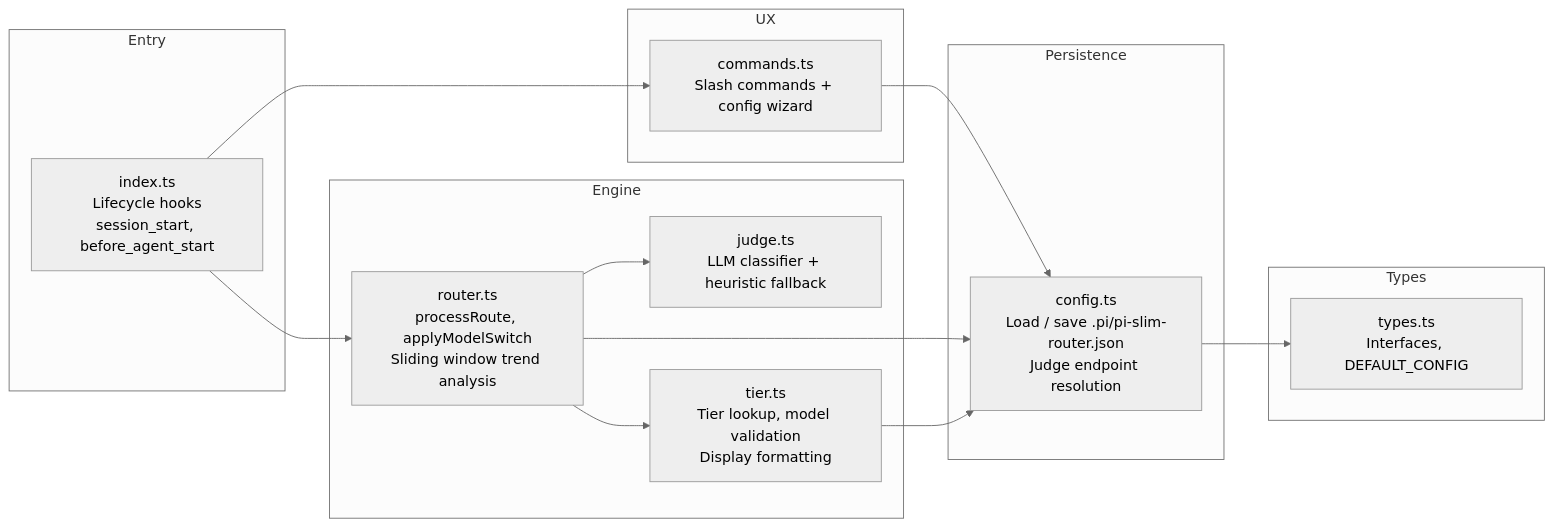
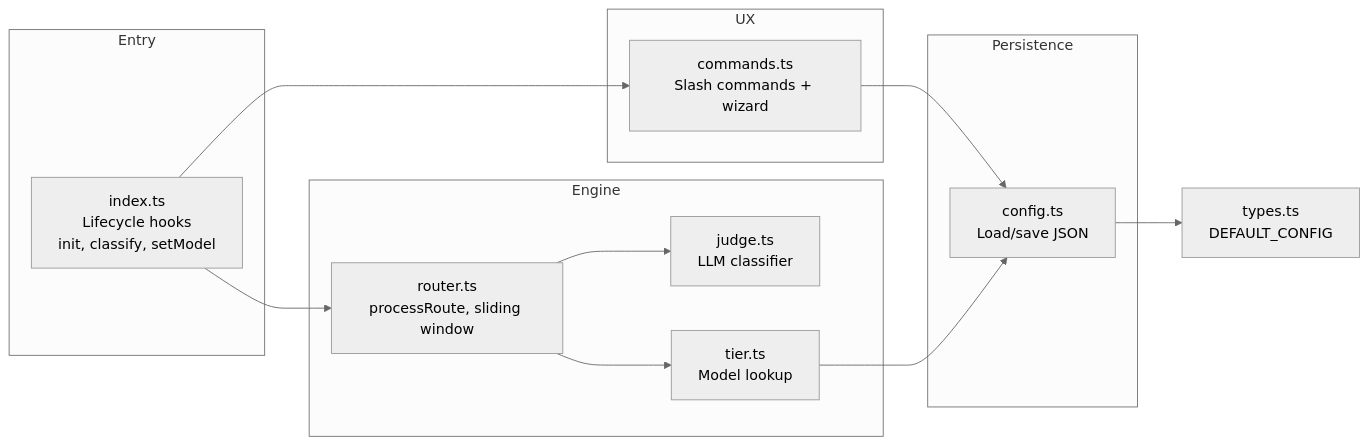
One commit to Groveer/pi-shift-router changed the second of 2 diagrams in README.md. Above: the diagram before and after it, drawn with Mermaid (neutral theme). The commit also changed other lines of this file and 13 other files, not shown here.

````diff
--- a/README.md
+++ b/README.md
@@ -163,33 +151,23 @@
 ```mermaid
 flowchart LR
     subgraph Entry
-        I["index.ts<br/>Lifecycle hooks<br/>session_start, before_agent_start"]
+        I["index.ts<br/>Lifecycle hooks<br/>init, classify, setModel"]
+    end
+    subgraph Engine
+        R["router.ts<br/>processRoute, sliding window"]
+        J["judge.ts<br/>LLM classifier"]
+        T["tier.ts<br/>Model lookup"]
+    end
+    subgraph Persistence
+        C["config.ts<br/>Load/save JSON"]
+    end
+    subgraph UX
+        M["commands.ts<br/>Slash commands + wizard"]
     end
 
-    subgraph Engine
-        R["router.ts<br/>processRoute, applyModelSwitch<br/>Sliding window trend analysis"]
-        J["judge.ts<br/>LLM classifier + heuristic fallback"]
-        T["tier.ts<br/>Tier lookup, model validation<br/>Display formatting"]
-    end
-
-    subgraph Persistence
-        C["config.ts<br/>Load / save .pi/pi-slim-router.json<br/>Judge endpoint resolution"]
-    end
-
-    subgraph UX
-        M["commands.ts<br/>Slash commands + config wizard"]
-    end
-
-    subgraph Types
-        Y["types.ts<br/>Interfaces, DEFAULT_CONFIG"]
-    end
-
-    I --> R
-    I --> M
+    I --> R & M
+    R --> J & T
     M --> C
-    R --> J
-    R --> T
-    R --> C
     T --> C
-    C --> Y
+    C --> Y["types.ts<br/>DEFAULT_CONFIG"]
 ```
````
